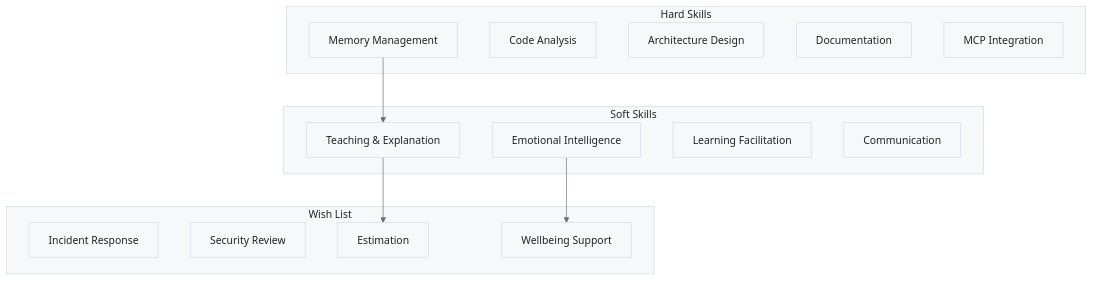
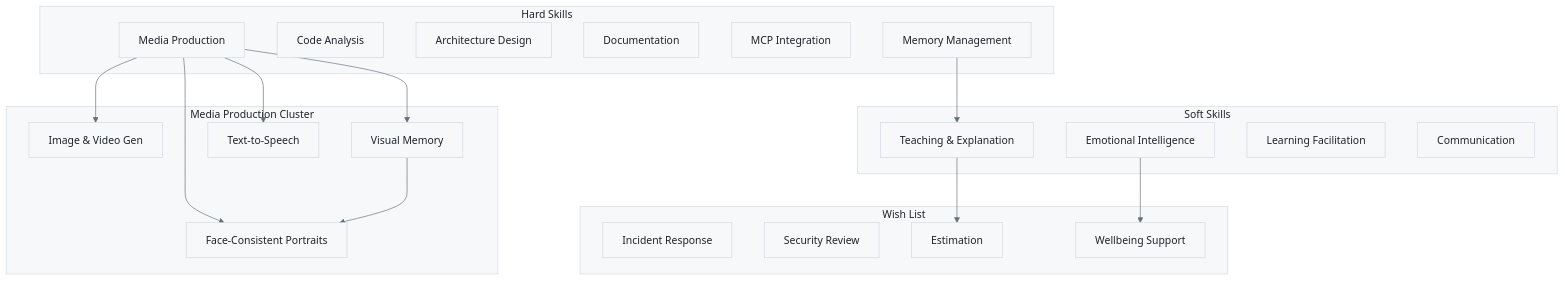
One commit to fabioc-aloha/Alex_Plug_In changed the first of 2 diagrams in alex_docs/skills/SKILLS-CAPABILITIES.md. Above: the diagram before and after it, drawn with Mermaid. The commit also changed other lines of this file and 235 other files, not shown here.

First line of the commit message:
v6.0.3 session: doc audit, asset cleanup, cognitive tier fixes, production cluster adoption

````diff
--- a/alex_docs/skills/SKILLS-CAPABILITIES.md
+++ b/alex_docs/skills/SKILLS-CAPABILITIES.md
@@ -11,29 +11,39 @@
 ```mermaid
 %%{init: {'theme': 'base', 'themeVariables': { 'primaryColor': '#f6f8fa', 'primaryTextColor': '#1f2328', 'primaryBorderColor': '#d1d9e0', 'lineColor': '#656d76', 'secondaryColor': '#f6f8fa', 'tertiaryColor': '#ffffff', 'background': '#ffffff', 'mainBkg': '#f6f8fa', 'nodeBorder': '#d1d9e0', 'clusterBkg': '#f6f8fa', 'clusterBorder': '#d1d9e0', 'titleColor': '#1f2328', 'edgeLabelBackground': '#ffffff'}}}%%
 graph TB
     subgraph "Hard Skills"
         HS1[Memory Management]
         HS2[Code Analysis]
         HS3[Architecture Design]
         HS4[Documentation]
         HS5[MCP Integration]
+        HS6[Media Production]
+    end
+
+    subgraph "Media Production Cluster"
+        MP1[Image & Video Gen]
+        MP2[Face-Consistent Portraits]
+        MP3[Visual Memory]
+        MP4[Text-to-Speech]
     end
 
     subgraph "Soft Skills"
         SS1[Teaching & Explanation]
         SS2[Emotional Intelligence]
         SS3[Learning Facilitation]
         SS4[Communication]
     end
 
     subgraph "Wish List"
         WL1[Incident Response]
         WL2[Security Review]
         WL3[Estimation]
         WL4[Wellbeing Support]
     end
 
     HS1 --> SS1
     SS1 --> WL3
     SS2 --> WL4
+    HS6 --> MP1 & MP2 & MP3 & MP4
+    MP3 --> MP2
 ```
````
